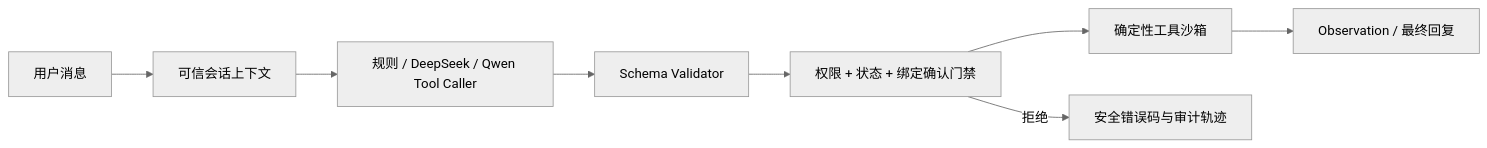
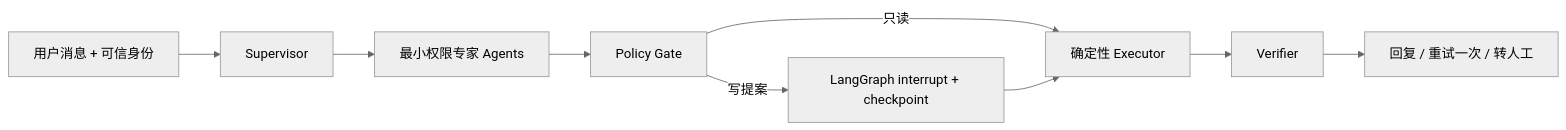
The diagram in README.md (Yleee1/servicepilot), drawn with Mermaid (neutral theme) before and after one commit. The commit also changed other lines of this file and 134 other files, not shown here.

````diff
--- a/README.md
+++ b/README.md
@@ -28,10 +53,11 @@
 ```mermaid
 flowchart LR
-    U[用户消息] --> C[可信会话上下文]
-    C --> M[规则 / DeepSeek / Qwen Tool Caller]
-    M --> V[Schema Validator]
-    V --> P[权限 + 状态 + 绑定确认门禁]
-    P --> T[确定性工具沙箱]
-    T --> O[Observation / 最终回复]
-    P -->|拒绝| B[安全错误码与审计轨迹]
+    U[用户消息 + 可信身份] --> S[Supervisor]
+    S --> A[最小权限专家 Agents]
+    A --> P[Policy Gate]
+    P -->|只读| T[确定性 Executor]
+    P -->|写提案| H[LangGraph interrupt + checkpoint]
+    H --> T
+    T --> V[Verifier]
+    V --> O[回复 / 重试一次 / 转人工]
 ```
````
